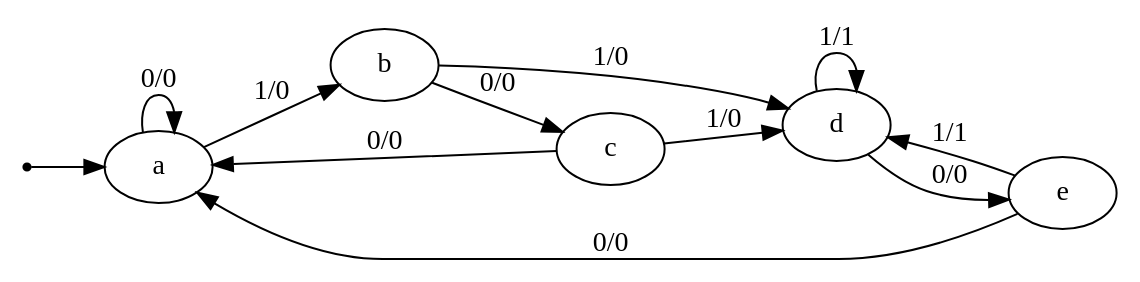
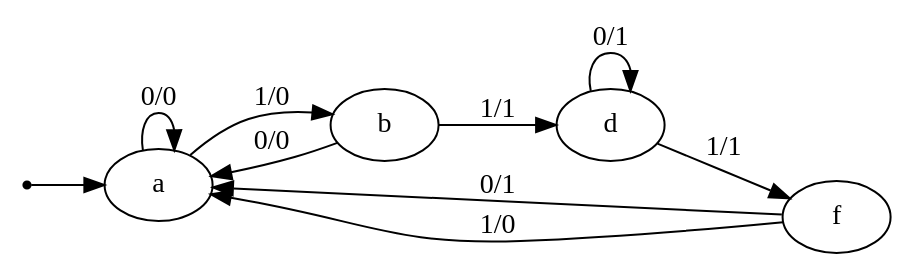
The diagram in output1.dot (92Jay0810/State-Minimization), drawn with Graphviz before and after one commit. The commit also changed 7 other files, not shown here.

```diff
--- a/output1.dot
+++ b/output1.dot
@@ -1,21 +1,18 @@
 digraph STG {
 	 rankdir=LR;
 	 INIT [shape=point];
 	 a [label="a"];  
 	 b [label="b"];  
-	 c [label="c"];  
 	 d [label="d"];  
-	 e [label="e"];  
+	 f [label="f"];  
 
 	 INIT -> a;
 	 a -> a[label="0/0"];
 	 a -> b[label="1/0"];
-	 b -> c[label="0/0"];
-	 b -> d[label="1/0"];
-	 c -> a[label="0/0"];
-	 c -> d[label="1/0"];
-	 d -> e[label="0/0"];
-	 d -> d[label="1/1"];
-	 e -> a[label="0/0"];
-	 e -> d[label="1/1"];
+	 b -> a[label="0/0"];
+	 b -> d[label="1/1"];
+	 d -> d[label="0/1"];
+	 d -> f[label="1/1"];
+	 f -> a[label="0/1"];
+	 f -> a[label="1/0"];
 }
```
